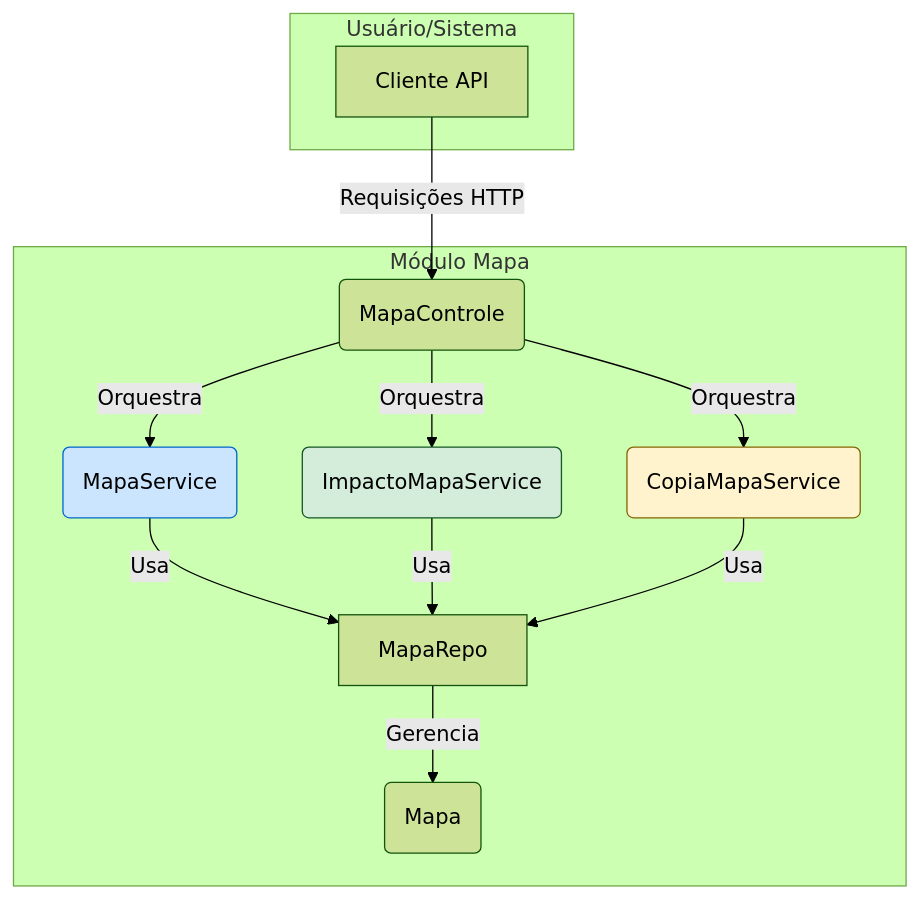
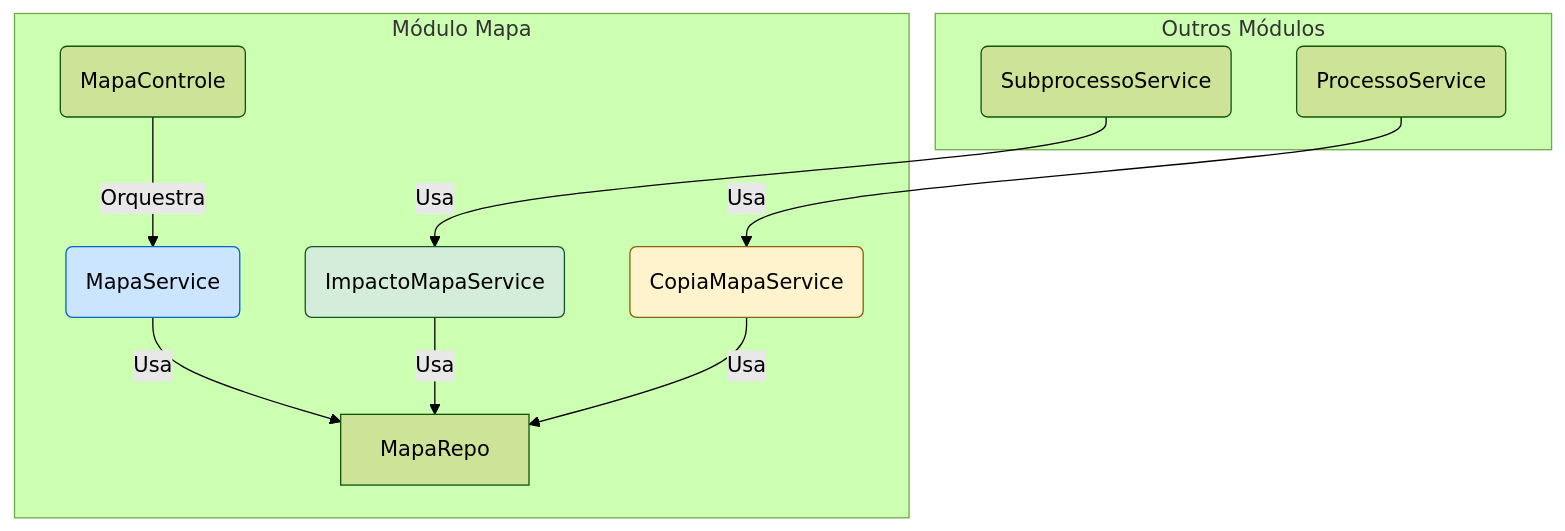
Before and after one commit to lgalvao/sgc: the diagram in backend/src/main/java/sgc/mapa/README.md, drawn with Mermaid (forest theme). The commit also changed other lines of this file and 9 other files, not shown here.

````diff
--- a/backend/src/main/java/sgc/mapa/README.md
+++ b/backend/src/main/java/sgc/mapa/README.md
@@ -57,30 +57,27 @@
 ```mermaid
 graph TD
-    subgraph "Usuário/Sistema"
-        A[Cliente API]
+    subgraph "Outros Módulos"
+        PS(ProcessoService)
+        SPS(SubprocessoService)
     end
 
     subgraph "Módulo Mapa"
         MC(MapaControle)
         MS(MapaService)
         IS(ImpactoMapaService)
         CS(CopiaMapaService)
         MR[MapaRepo]
-        M(Mapa)
     end
 
-    A -- Requisições HTTP --> MC
     MC -- Orquestra --> MS
-    MC -- Orquestra --> IS
-    MC -- Orquestra --> CS
+    PS -- Usa --> CS
+    SPS -- Usa --> IS
 
     MS -- Usa --> MR
     IS -- Usa --> MR
     CS -- Usa --> MR
 
-    MR -- Gerencia --> M
-
     style MS fill:#cce5ff,stroke:#0066cc
     style IS fill:#d4edda,stroke:#155724
     style CS fill:#fff3cd,stroke:#856404
 ```
````
